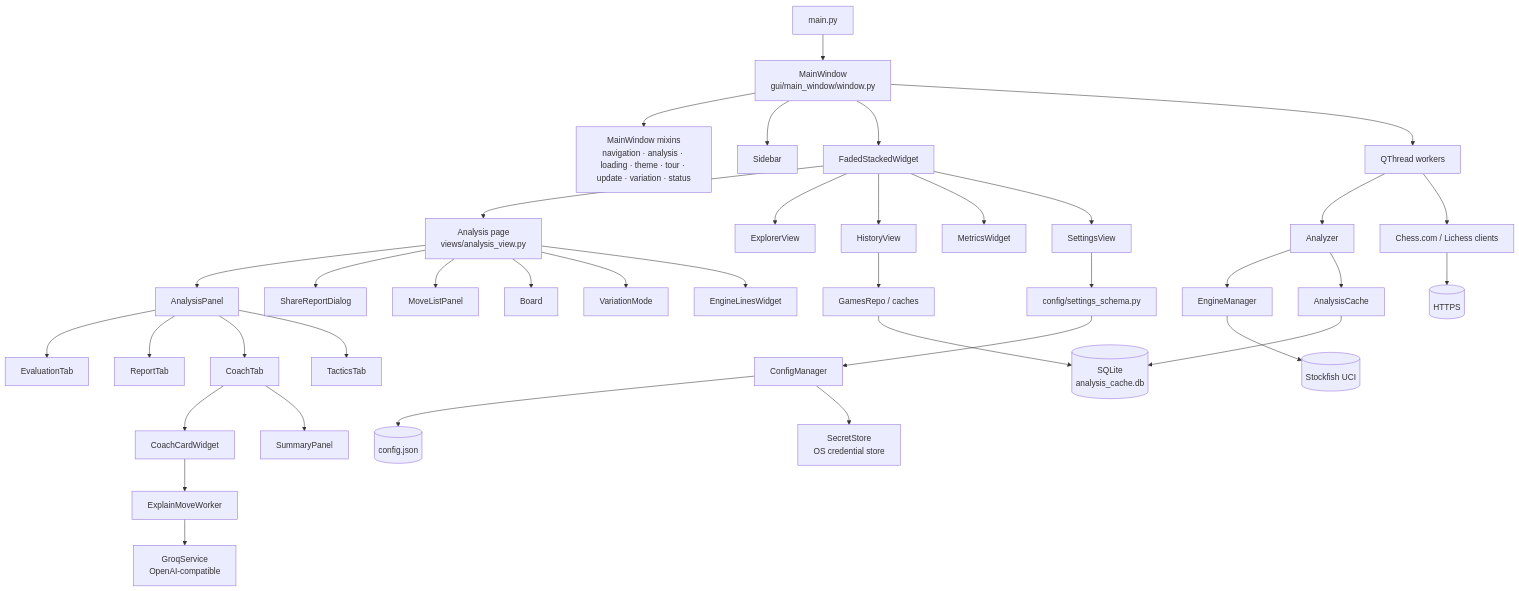
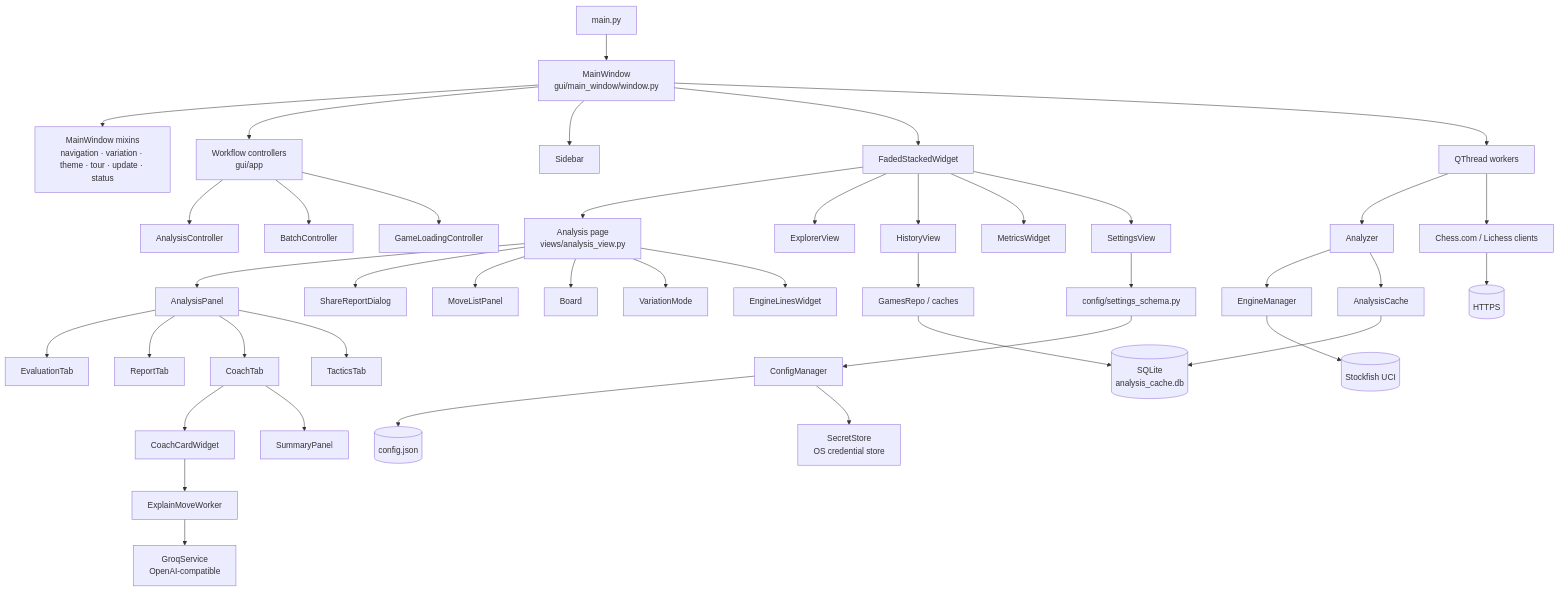
Before and after one commit to imutkarsht/Chess_analyzer: the diagram in docs/architecture.md, drawn with Mermaid. The commit also changed other lines of this file and 23 other files, not shown here.

First line of the commit message:
refactor(wave-8): decompose MainWindow mixins into controllers (#155)

````diff
--- a/docs/architecture.md
+++ b/docs/architecture.md
@@ -28,47 +28,51 @@
 ```mermaid
 flowchart TD
     main[main.py] --> window[MainWindow<br/>gui/main_window/window.py]
-    window --> mixins[MainWindow mixins<br/>navigation · analysis · loading · theme · tour · update · variation · status]
+    window --> mixins[MainWindow mixins<br/>navigation · variation · theme · tour · update · status]
+    window --> controllers[Workflow controllers<br/>gui/app]
+    controllers --> analysisController[AnalysisController]
+    controllers --> batchController[BatchController]
+    controllers --> loadingController[GameLoadingController]
     window --> sidebar[Sidebar]
     window --> stack[FadedStackedWidget]
 
     stack --> analysis[Analysis page<br/>views/analysis_view.py]
     stack --> explorer[ExplorerView]
     stack --> history[HistoryView]
     stack --> metrics[MetricsWidget]
     stack --> settings[SettingsView]
 
     analysis --> analysisPanel[AnalysisPanel]
     analysis --> shareReport[ShareReportDialog]
     analysis --> moveList[MoveListPanel]
     analysis --> board[Board]
     analysis --> variation[VariationMode]
     analysis --> engineLines[EngineLinesWidget]
 
     analysisPanel --> evalTab[EvaluationTab]
     analysisPanel --> reportTab[ReportTab]
     analysisPanel --> coachTab[CoachTab]
     analysisPanel --> tacticsTab[TacticsTab]
     coachTab --> coach[CoachCardWidget]
     coachTab --> summary[SummaryPanel]
     coach --> coachWorker[ExplainMoveWorker]
     coachWorker --> llm[GroqService<br/>OpenAI-compatible]
 
     window --> workers[QThread workers]
     workers --> analyzer[Analyzer]
     analyzer --> engine[EngineManager]
     engine --> stockfish[(Stockfish UCI)]
 
     workers --> apis[Chess.com / Lichess clients]
     apis --> http[(HTTPS)]
 
     analyzer --> cache[AnalysisCache]
     cache --> sqlite[(SQLite<br/>analysis_cache.db)]
     history --> repos[GamesRepo / caches]
     repos --> sqlite
 
     settings --> schema[config/settings_schema.py]
     schema --> config[ConfigManager]
     config --> json[(config.json)]
     config --> secrets[SecretStore<br/>OS credential store]
 ```
````
